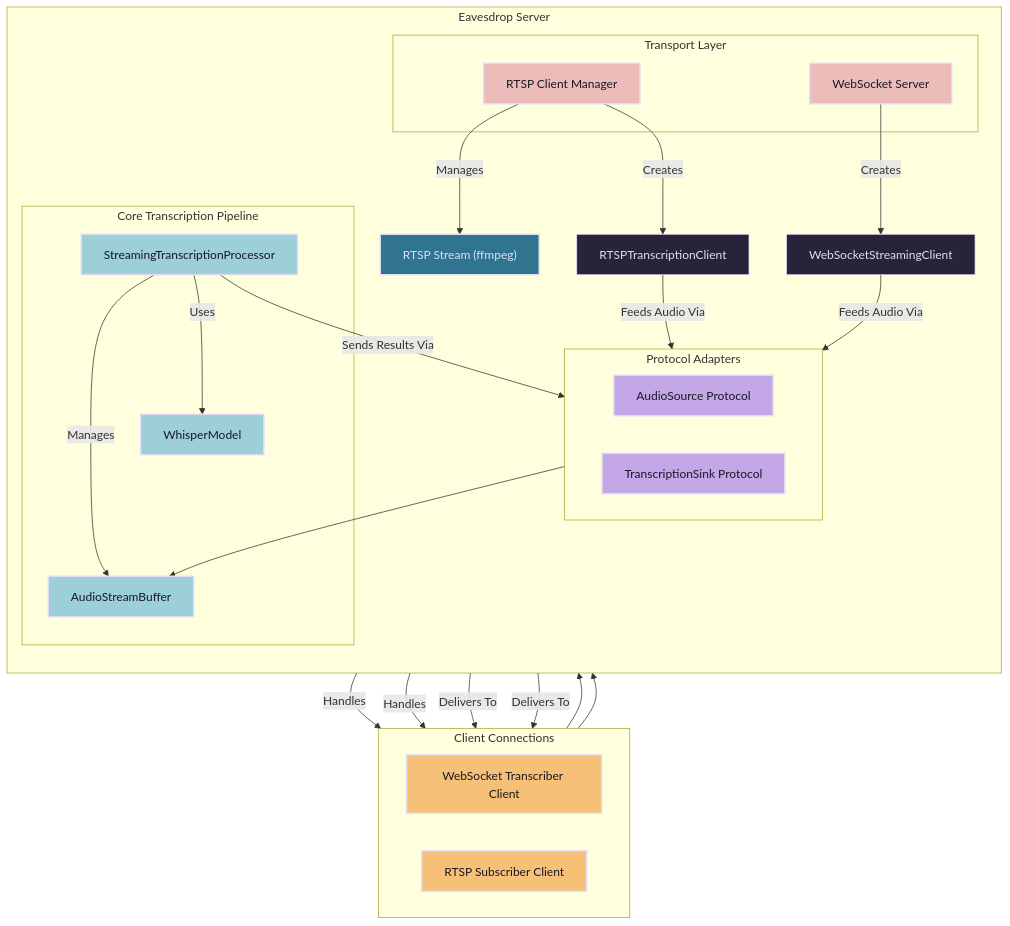
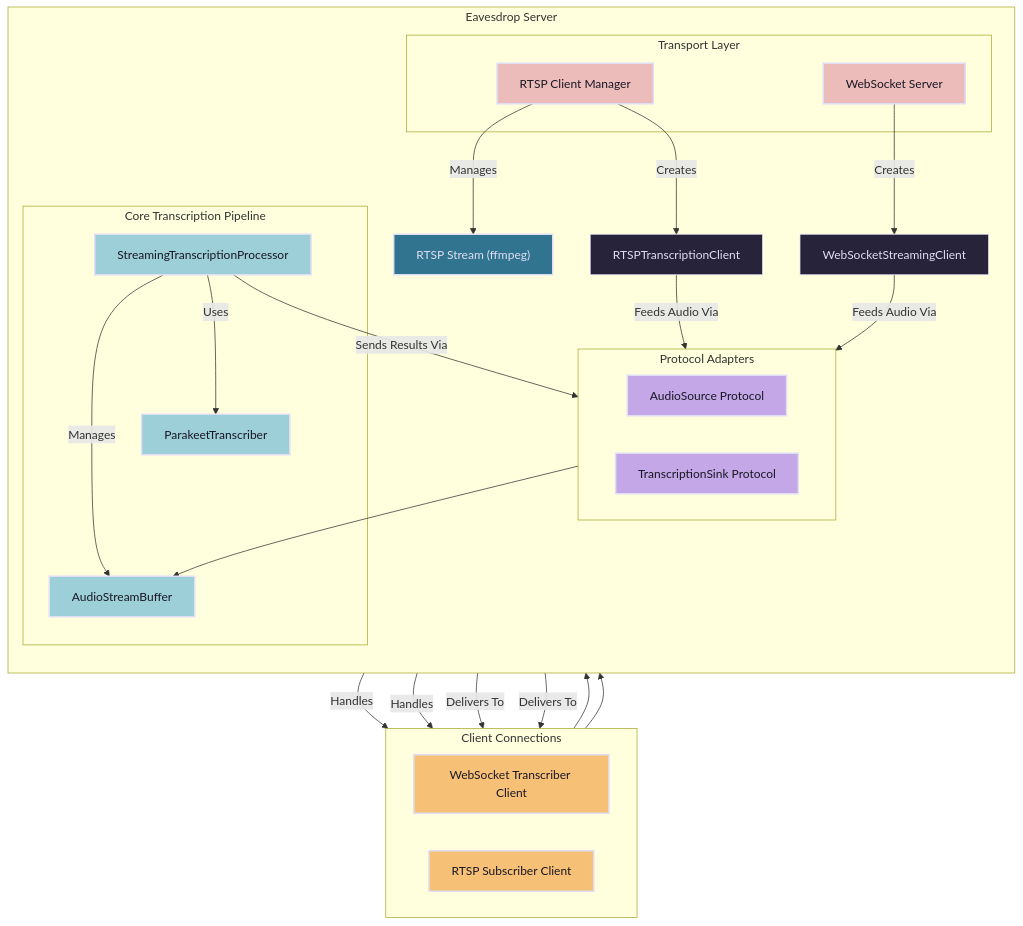
One commit to shyndman/lmnop-eavesdrop changed the first of 7 diagrams in ARCHITECTURE.md. Above: the diagram before and after it, drawn with Mermaid. The commit also changed other lines of this file and 33 other files, not shown here.

````diff
--- a/ARCHITECTURE.md
+++ b/ARCHITECTURE.md
@@ -9,70 +9,70 @@
 ```mermaid
 graph TD
     subgraph "Client Connections"
         direction LR
         WS_Transcriber[WebSocket Transcriber Client]
         RTSP_Subscriber[RTSP Subscriber Client]
     end
 
     subgraph "Eavesdrop Server"
         direction TB
         subgraph "Transport Layer"
             WebSocketServer[WebSocket Server]
             RTSPClientManager[RTSP Client Manager]
         end
 
         subgraph "Core Transcription Pipeline"
             StreamingProcessor[StreamingTranscriptionProcessor]
             AudioBuffer[AudioStreamBuffer]
-            WhisperModel[WhisperModel]
+            ParakeetTranscriber[ParakeetTranscriber]
 
             StreamingProcessor -- Manages --> AudioBuffer
-            StreamingProcessor -- Uses --> WhisperModel
+            StreamingProcessor -- Uses --> ParakeetTranscriber
         end
 
         subgraph "Protocol Adapters"
             direction LR
             AudioSource[AudioSource Protocol]
             TranscriptionSink[TranscriptionSink Protocol]
         end
 
         WebSocketServer -- Handles --> WS_Transcriber
         WebSocketServer -- Handles --> RTSP_Subscriber
 
         RTSPClientManager -- Manages --> RTSPStream["RTSP Stream (ffmpeg)"]
 
         WS_Transcriber --> WebSocketServer
         RTSP_Subscriber --> WebSocketServer
 
         WebSocketServer -- Creates --> WebSocketStreamingClient[WebSocketStreamingClient]
         RTSPClientManager -- Creates --> RTSPTranscriptionClient[RTSPTranscriptionClient]
 
         WebSocketStreamingClient -- Feeds Audio Via --> AudioSource
         RTSPTranscriptionClient -- Feeds Audio Via --> AudioSource
 
         AudioSource --> AudioBuffer
 
         StreamingProcessor -- Sends Results Via --> TranscriptionSink
 
         TranscriptionSink -- Delivers To --> WS_Transcriber
         TranscriptionSink -- Delivers To --> RTSP_Subscriber
     end
 
     %% Rose Pine color scheme
     style WS_Transcriber fill:#f6c177,stroke:#e0def4,stroke-width:2px,color:#191724
     style RTSP_Subscriber fill:#f6c177,stroke:#e0def4,stroke-width:2px,color:#191724
 
     style WebSocketServer fill:#ebbcba,stroke:#e0def4,stroke-width:2px,color:#191724
     style RTSPClientManager fill:#ebbcba,stroke:#e0def4,stroke-width:2px,color:#191724
     style RTSPStream fill:#31748f,stroke:#e0def4,stroke-width:2px,color:#e0def4
 
     style StreamingProcessor fill:#9ccfd8,stroke:#e0def4,stroke-width:2px,color:#191724
     style AudioBuffer fill:#9ccfd8,stroke:#e0def4,stroke-width:2px,color:#191724
-    style WhisperModel fill:#9ccfd8,stroke:#e0def4,stroke-width:2px,color:#191724
+    style ParakeetTranscriber fill:#9ccfd8,stroke:#e0def4,stroke-width:2px,color:#191724
 
     style AudioSource fill:#c4a7e7,stroke:#e0def4,stroke-width:2px,color:#191724
     style TranscriptionSink fill:#c4a7e7,stroke:#e0def4,stroke-width:2px,color:#191724
 
     style WebSocketStreamingClient fill:#26233a,stroke:#e0def4,stroke-width:1px,color:#e0def4
     style RTSPTranscriptionClient fill:#26233a,stroke:#e0def4,stroke-width:1px,color:#e0def4
 ```
````
